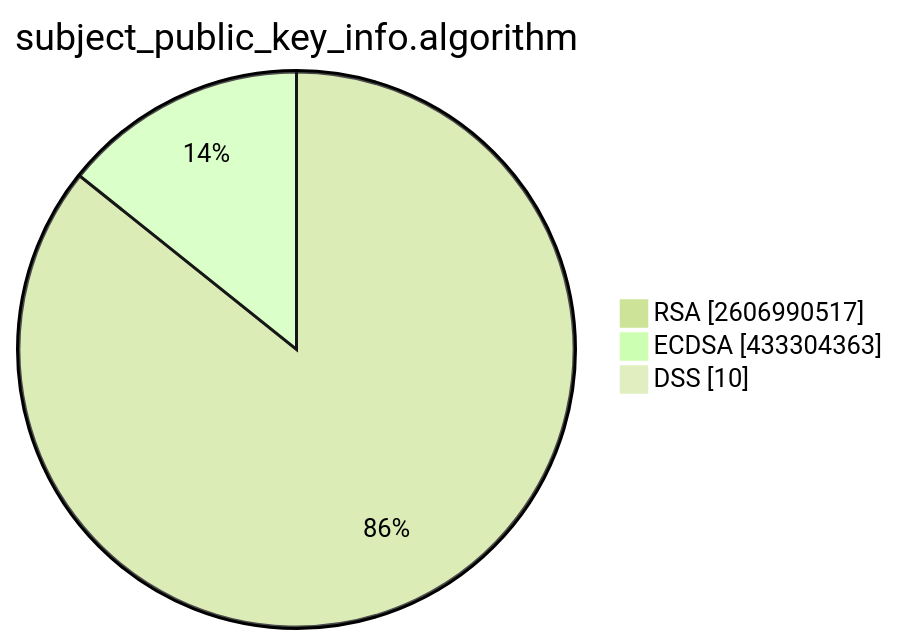
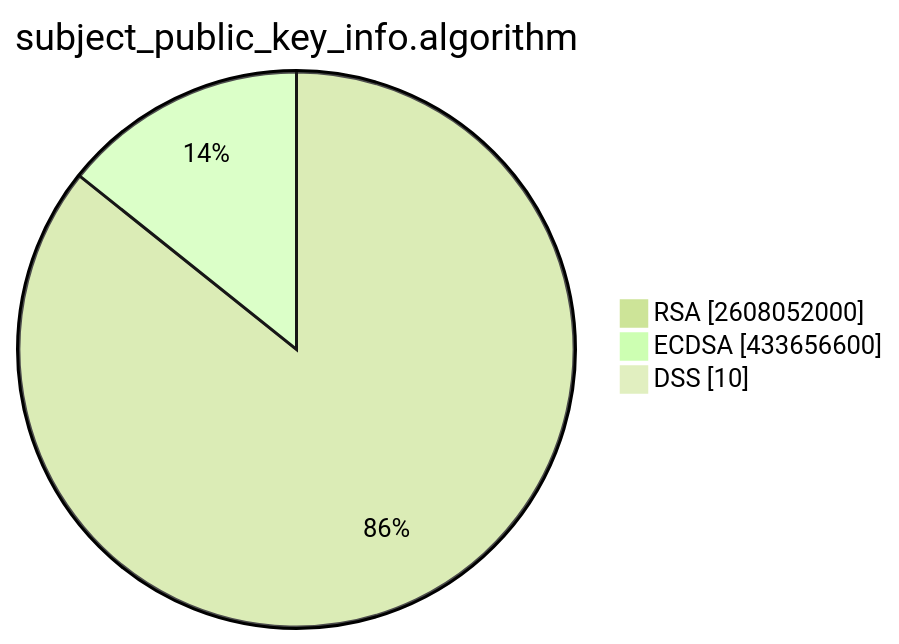
Before and after one commit to christiankrug/ctmonitor_visualization: the second of 15 diagrams in TOTAL/README.md, drawn with Mermaid (forest theme). The commit also changed other lines of this file, not shown here.

````diff
--- a/TOTAL/README.md
+++ b/TOTAL/README.md
@@ -6,7 +6,7 @@
 ```mermaid
 pie showData
 title subject_public_key_info.algorithm
-"RSA" :2606990517
-"ECDSA" :433304363
+"RSA" :2608052000
+"ECDSA" :433656600
 "DSS" :10
 ```
````
